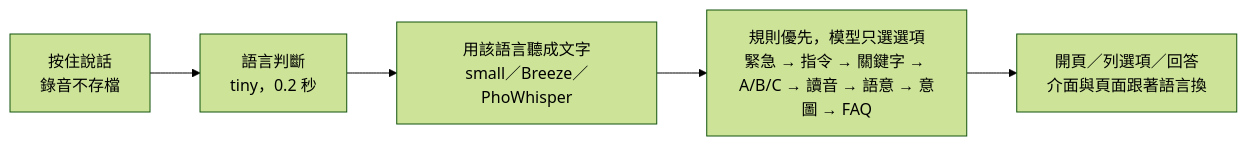
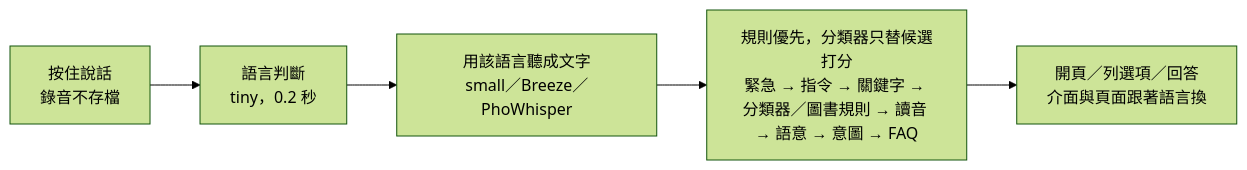
Before and after one commit to goodmorning1226/TownPass: the second of 2 diagrams in README.md, drawn with Mermaid (forest theme). The commit also changed other lines of this file and 5 other files, not shown here.

````diff
--- a/README.md
+++ b/README.md
@@ -214,4 +225,4 @@
 ```mermaid
 flowchart LR
-    a["按住說話<br/>錄音不存檔"] --> b["語言判斷<br/>tiny，0.2 秒"] --> c["用該語言聽成文字<br/>small／Breeze／PhoWhisper"] --> d["規則優先，模型只選選項<br/>緊急 → 指令 → 關鍵字 → A/B/C → 讀音 → 語意 → 意圖 → FAQ"] --> e["開頁／列選項／回答<br/>介面與頁面跟著語言換"]
+    a["按住說話<br/>錄音不存檔"] --> b["語言判斷<br/>tiny，0.2 秒"] --> c["用該語言聽成文字<br/>small／Breeze／PhoWhisper"] --> d["規則優先，分類器只替候選打分<br/>緊急 → 指令 → 關鍵字 → 分類器／圖書規則 → 讀音 → 語意 → 意圖 → FAQ"] --> e["開頁／列選項／回答<br/>介面與頁面跟著語言換"]
 ```
````
